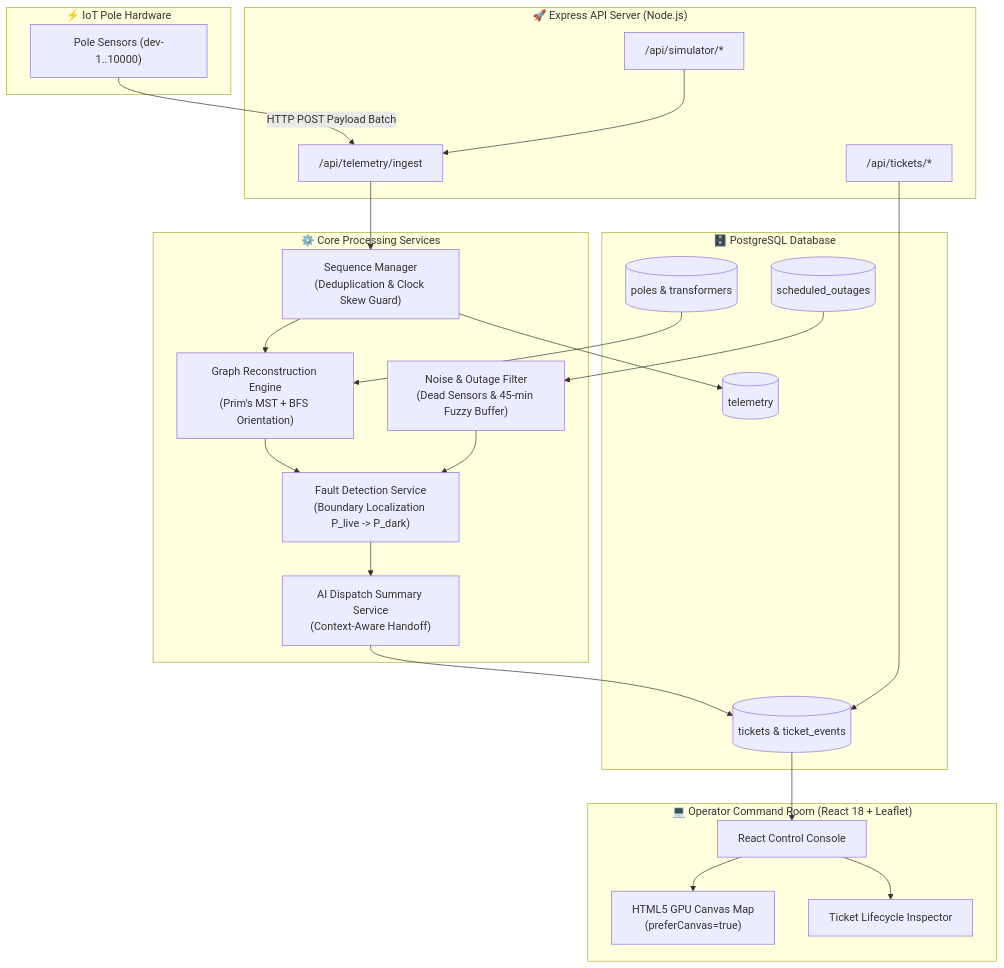
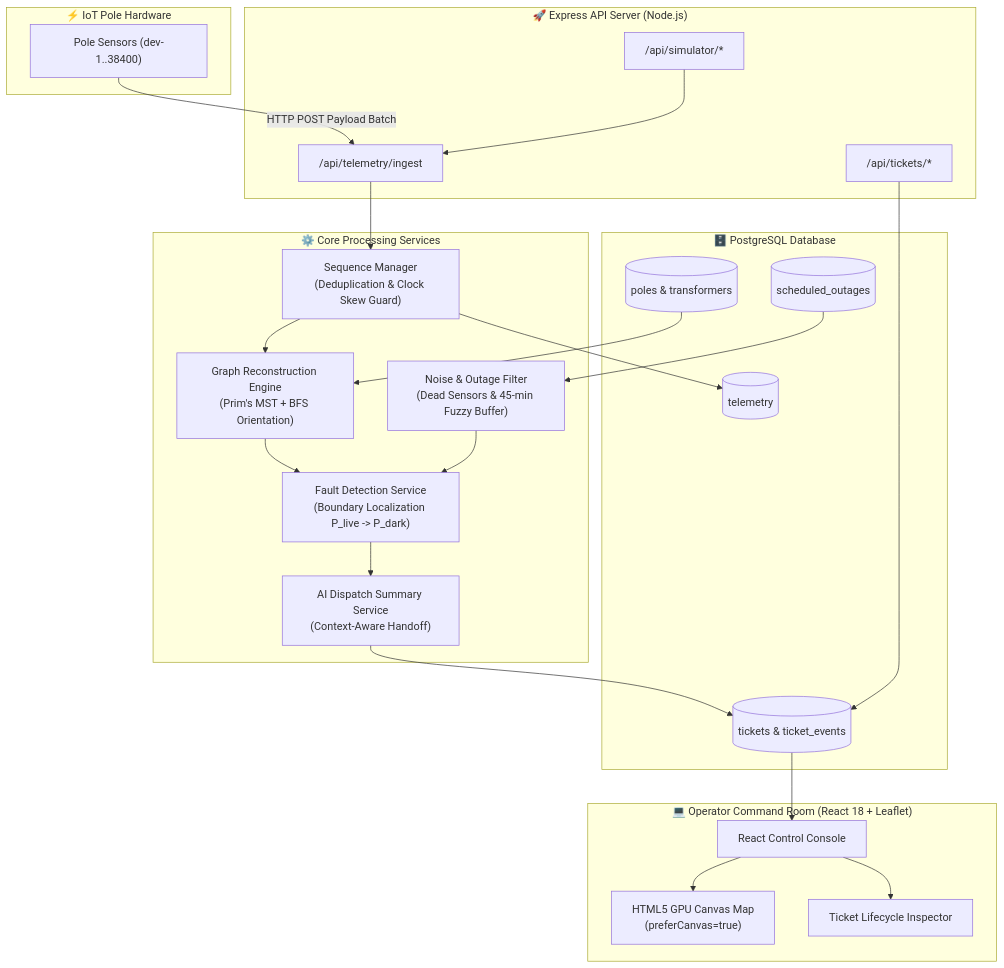
One commit to Kunalsharma45/Lumina changed the diagram in ARCHITECTURE.md. Above: the diagram before and after it, drawn with Mermaid. The commit also changed other lines of this file and 2 other files, not shown here.

````diff
--- a/ARCHITECTURE.md
+++ b/ARCHITECTURE.md
@@ -7,49 +7,49 @@
 ```mermaid
 flowchart TD
     subgraph Grid_Sensors ["⚡ IoT Pole Hardware"]
-        P1["Pole Sensors (dev-1..10000)"]
+        P1["Pole Sensors (dev-1..38400)"]
     end
 
     subgraph API_Layer ["🚀 Express API Server (Node.js)"]
         Ingest["/api/telemetry/ingest"]
         Sim["/api/simulator/*"]
         Tickets["/api/tickets/*"]
     end
 
     subgraph Core_Engine ["⚙️ Core Processing Services"]
         Dedup["Sequence Manager\n(Deduplication & Clock Skew Guard)"]
         MST["Graph Reconstruction Engine\n(Prim's MST + BFS Orientation)"]
         Detect["Fault Detection Service\n(Boundary Localization P_live -> P_dark)"]
         Noise["Noise & Outage Filter\n(Dead Sensors & 45-min Fuzzy Buffer)"]
         AIService["AI Dispatch Summary Service\n(Context-Aware Handoff)"]
     end
 
     subgraph Storage ["🗄️ PostgreSQL Database"]
         DB_Telemetry[("telemetry")]
         DB_Poles[("poles & transformers")]
         DB_Tickets[("tickets & ticket_events")]
         DB_Outages[("scheduled_outages")]
     end
 
     subgraph UI_Console ["💻 Operator Command Room (React 18 + Leaflet)"]
         Console["React Control Console"]
         CanvasMap["HTML5 GPU Canvas Map\n(preferCanvas=true)"]
         Inspector["Ticket Lifecycle Inspector"]
     end
 
     P1 -->|HTTP POST Payload Batch| Ingest
     Sim --> Ingest
     Ingest --> Dedup
     Dedup --> DB_Telemetry
     Dedup --> MST
     DB_Poles --> MST
     MST --> Detect
     DB_Outages --> Noise
     Noise --> Detect
     Detect --> AIService
     AIService --> DB_Tickets
     Tickets --> DB_Tickets
     DB_Tickets --> Console
     Console --> CanvasMap
     Console --> Inspector
 ```
````
